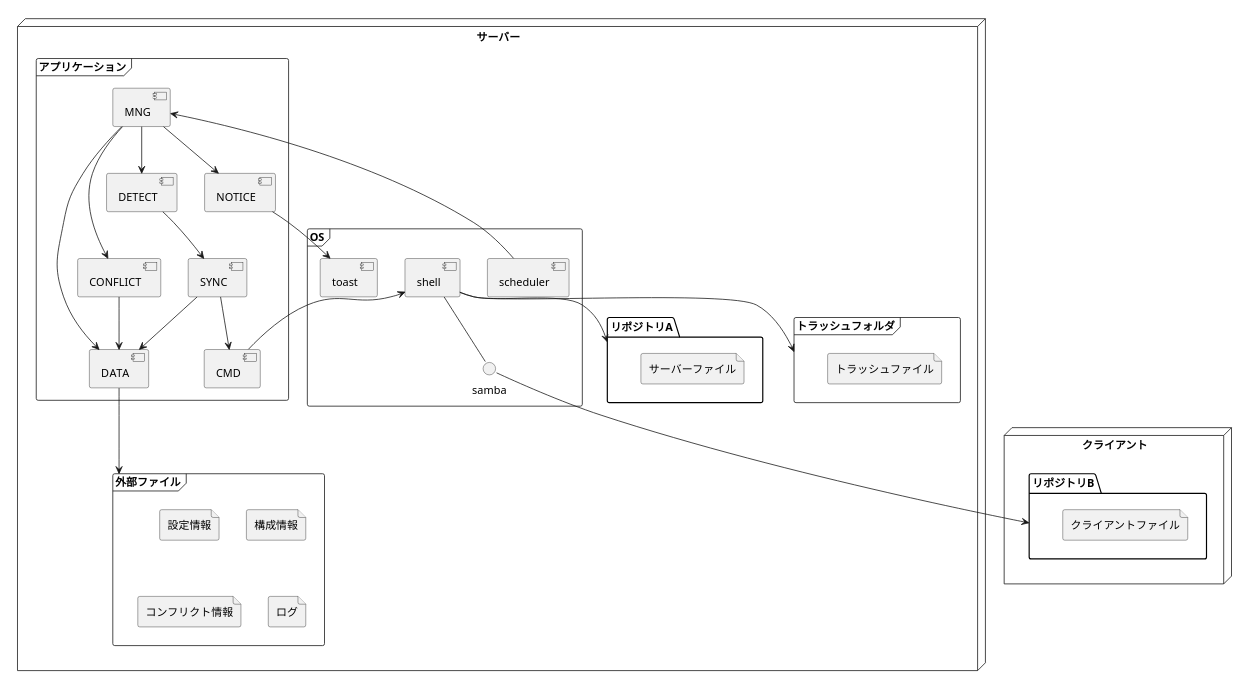
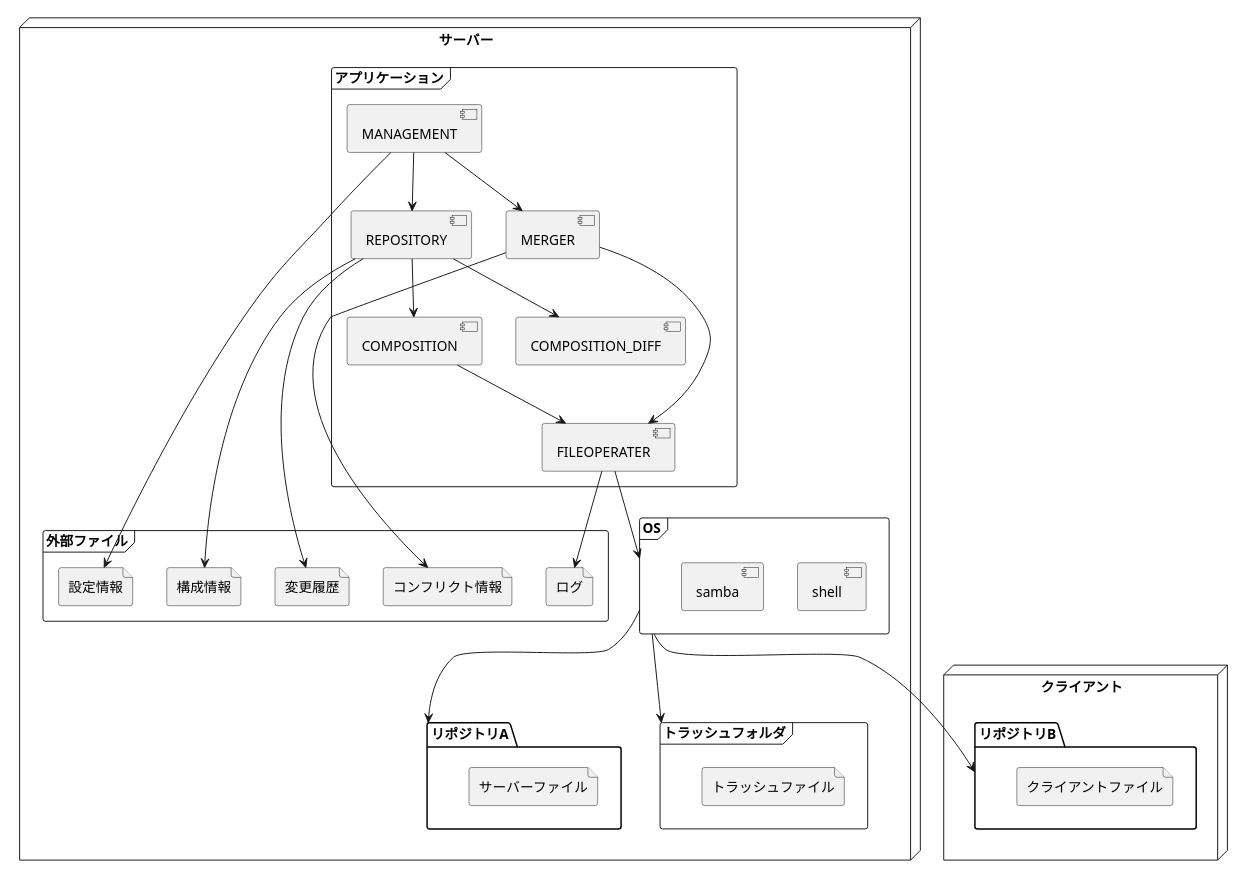
One commit to KiyoshiKazuma/PhotoAutoSyncSystem changed the diagram in doc/図表/システム構成図.puml. Above: the diagram before and after it, drawn with PlantUML. The commit also changed 28 other files, not shown here.

```diff
--- a/doc/図表/システム構成図.puml
+++ b/doc/図表/システム構成図.puml
@@ -1,60 +1,60 @@
 @startuml
 scale 700 width
 node サーバー{
     folder リポジトリA{
         file サーバーファイル
     }
 
     frame アプリケーション{
-        component MNG
-        component DETECT
-        component SYNC
-        component NOTICE
-        component DATA
-        component CMD
-        component CONFLICT
+        component MANAGEMENT
+        component REPOSITORY
+        component COMPOSITION
+        component COMPOSITION_DIFF
+        component MERGER
+        component FILEOPERATER
     }
 
     frame 外部ファイル{
         file 設定情報
         file 構成情報
+        file 変更履歴
         file コンフリクト情報
         file ログ
     }
 
     frame トラッシュフォルダ{
         file トラッシュファイル
     }
     
     frame OS{
-        component scheduler
         component shell
-        component toast
-        interface samba    
+        component samba    
     }
 
 }
 node クライアント{
     folder リポジトリB{
         file クライアントファイル
     }
 }
 
-scheduler --> MNG
-MNG --> DETECT
-DETECT --> SYNC
-MNG --> NOTICE
-MNG --> CONFLICT
-SYNC --> CMD
-SYNC --> DATA
-CONFLICT --> DATA
-MNG --> DATA 
-DATA --> 外部ファイル
-CMD --> shell
-NOTICE --> toast
-shell --> リポジトリA
-shell -- samba
-shell --> トラッシュフォルダ
-samba --> リポジトリB
+MANAGEMENT --> REPOSITORY
+MANAGEMENT --> MERGER
+REPOSITORY --> COMPOSITION
+REPOSITORY --> COMPOSITION_DIFF
+COMPOSITION --> FILEOPERATER
+MERGER --> FILEOPERATER
+
+MANAGEMENT --> 設定情報
+REPOSITORY --> 構成情報
+REPOSITORY --> 変更履歴
+MERGER --> コンフリクト情報
+FILEOPERATER --> ログ
+FILEOPERATER --> OS
+OS --> リポジトリA
+OS --> リポジトリB
+OS --> トラッシュフォルダ
+
+
 
 @enduml
```
